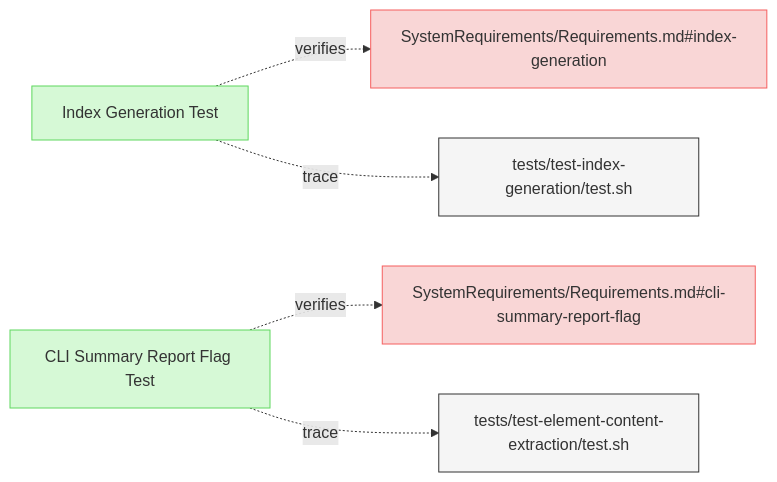
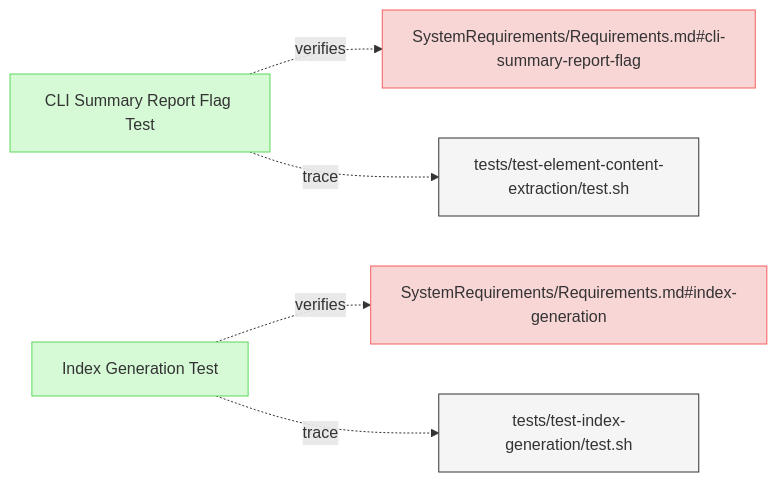
The diagram in specifications/Verifications/ReportsTests.md (reqvire-org/reqvire), drawn with Mermaid before and after one commit. The commit also changed 21 other files, not shown here.

````diff
--- a/specifications/Verifications/ReportsTests.md
+++ b/specifications/Verifications/ReportsTests.md
@@ -6,31 +6,31 @@
 ```mermaid
 graph LR;
   %% Graph styling
   classDef requirement fill:#f9d6d6,stroke:#f55f5f,stroke-width:1px;
   classDef verification fill:#d6f9d6,stroke:#5fd75f,stroke-width:1px;
   classDef externalLink fill:#d0e0ff,stroke:#3080ff,stroke-width:1px;
   classDef default fill:#f5f5f5,stroke:#333333,stroke-width:1px;
 
-  e6e9798505cdb1ec["Index Generation Test"];
-  click e6e9798505cdb1ec "https://github.com/ilijaljubicic/Reqvire/blob/8a68ca1eab81bac7964085e47777a0a92447c6a5/specifications/Verifications/ReportsTests.md#index-generation-test";
-  class e6e9798505cdb1ec verification;
-  ca07c1345af51729["SystemRequirements/Requirements.md#index-generation"];
-  class ca07c1345af51729 requirement;
-  click ca07c1345af51729 "https://github.com/ilijaljubicic/Reqvire/blob/8a68ca1eab81bac7964085e47777a0a92447c6a5/specifications/SystemRequirements/Requirements.md#index-generation";
-  e6e9798505cdb1ec -.->|verifies| ca07c1345af51729;
-  9a608ec01ff92139["tests/test-index-generation/test.sh"];
-  class 9a608ec01ff92139 default;
-  click 9a608ec01ff92139 "https://github.com/ilijaljubicic/Reqvire/blob/8a68ca1eab81bac7964085e47777a0a92447c6a5/tests/test-index-generation/test.sh";
-  e6e9798505cdb1ec -.->|trace| 9a608ec01ff92139;
-  f8788f9e745e13b["CLI Summary Report Flag Test"];
-  click f8788f9e745e13b "https://github.com/ilijaljubicic/Reqvire/blob/8a68ca1eab81bac7964085e47777a0a92447c6a5/specifications/Verifications/ReportsTests.md#cli-summary-report-flag-test";
-  class f8788f9e745e13b verification;
-  a3d8f2cd99b2d548["SystemRequirements/Requirements.md#cli-summary-report-flag"];
-  class a3d8f2cd99b2d548 requirement;
-  click a3d8f2cd99b2d548 "https://github.com/ilijaljubicic/Reqvire/blob/8a68ca1eab81bac7964085e47777a0a92447c6a5/specifications/SystemRequirements/Requirements.md#cli-summary-report-flag";
-  f8788f9e745e13b -.->|verifies| a3d8f2cd99b2d548;
-  890802c6addd8829["tests/test-element-content-extraction/test.sh"];
-  class 890802c6addd8829 default;
-  click 890802c6addd8829 "https://github.com/ilijaljubicic/Reqvire/blob/8a68ca1eab81bac7964085e47777a0a92447c6a5/tests/test-element-content-extraction/test.sh";
-  f8788f9e745e13b -.->|trace| 890802c6addd8829;
+  49c8ea96f99c8007["CLI Summary Report Flag Test"];
+  click 49c8ea96f99c8007 "https://github.com/Reqvire/reqvire/blob/f18e52f9f88c64f67a79abc4e93eb74b3ec22615/specifications/Verifications/ReportsTests.md#cli-summary-report-flag-test";
+  class 49c8ea96f99c8007 verification;
+  a8725672889ea322["SystemRequirements/Requirements.md#cli-summary-report-flag"];
+  class a8725672889ea322 requirement;
+  click a8725672889ea322 "https://github.com/Reqvire/reqvire/blob/f18e52f9f88c64f67a79abc4e93eb74b3ec22615/specifications/SystemRequirements/Requirements.md#cli-summary-report-flag";
+  49c8ea96f99c8007 -.->|verifies| a8725672889ea322;
+  dfa34153b7e5ad4a["tests/test-element-content-extraction/test.sh"];
+  class dfa34153b7e5ad4a default;
+  click dfa34153b7e5ad4a "https://github.com/Reqvire/reqvire/blob/f18e52f9f88c64f67a79abc4e93eb74b3ec22615/tests/test-element-content-extraction/test.sh";
+  49c8ea96f99c8007 -.->|trace| dfa34153b7e5ad4a;
+  62274e8cf8493254["Index Generation Test"];
+  click 62274e8cf8493254 "https://github.com/Reqvire/reqvire/blob/f18e52f9f88c64f67a79abc4e93eb74b3ec22615/specifications/Verifications/ReportsTests.md#index-generation-test";
+  class 62274e8cf8493254 verification;
+  3b4bfa0725509a0e["SystemRequirements/Requirements.md#index-generation"];
+  class 3b4bfa0725509a0e requirement;
+  click 3b4bfa0725509a0e "https://github.com/Reqvire/reqvire/blob/f18e52f9f88c64f67a79abc4e93eb74b3ec22615/specifications/SystemRequirements/Requirements.md#index-generation";
+  62274e8cf8493254 -.->|verifies| 3b4bfa0725509a0e;
+  9c89c7cfe5f93c50["tests/test-index-generation/test.sh"];
+  class 9c89c7cfe5f93c50 default;
+  click 9c89c7cfe5f93c50 "https://github.com/Reqvire/reqvire/blob/f18e52f9f88c64f67a79abc4e93eb74b3ec22615/tests/test-index-generation/test.sh";
+  62274e8cf8493254 -.->|trace| 9c89c7cfe5f93c50;
 ```
````
